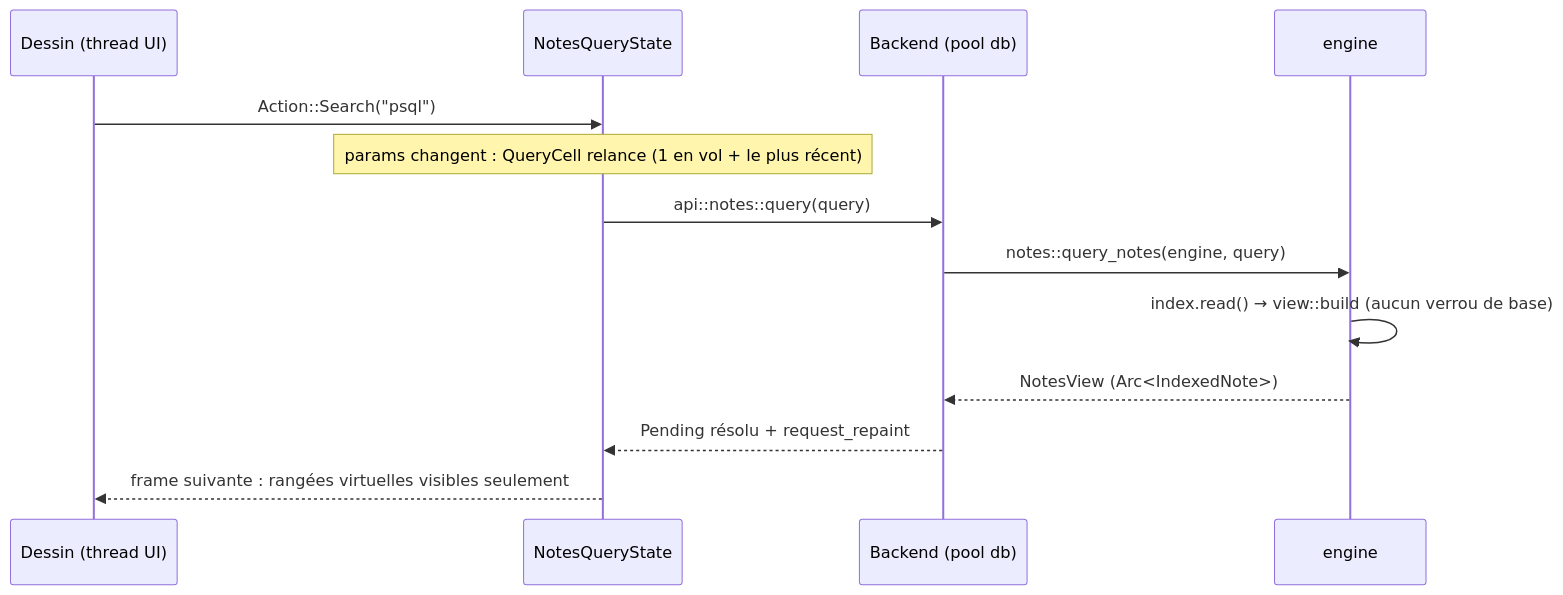
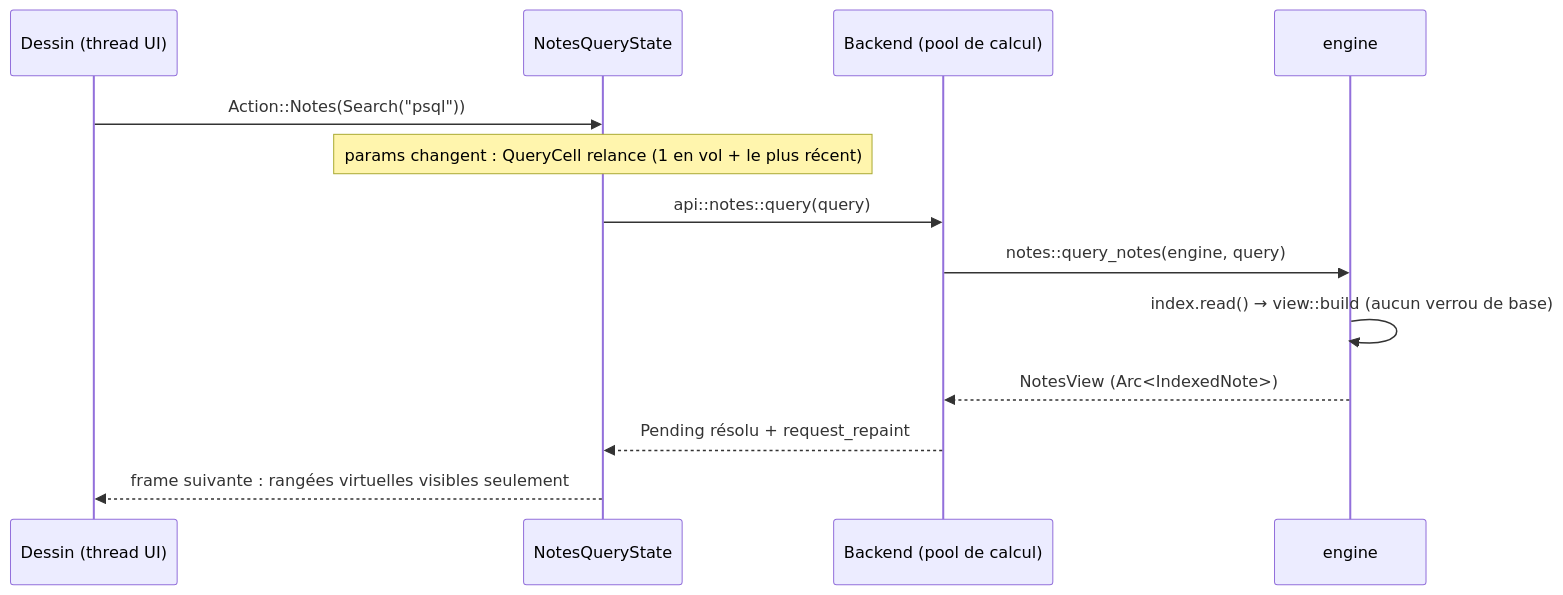
Before and after one commit to vmillet-dev/devnotes-rs: the third of 7 diagrams in docs/egui-migration-plan.md, drawn with Mermaid. The commit also changed other lines of this file and 1 other file, not shown here.

````diff
--- a/docs/egui-migration-plan.md
+++ b/docs/egui-migration-plan.md
@@ -542,15 +619,15 @@
 ```mermaid
 sequenceDiagram
   participant D as Dessin (thread UI)
   participant S as NotesQueryState
-  participant B as Backend (pool db)
+  participant B as Backend (pool de calcul)
   participant C as engine
-  D->>S: Action::Search("psql")
+  D->>S: Action::Notes(Search("psql"))
   Note over S: params changent : QueryCell relance (1 en vol + le plus récent)
   S->>B: api::notes::query(query)
   B->>C: notes::query_notes(engine, query)
   C->>C: index.read() → view::build (aucun verrou de base)
   C-->>B: NotesView (Arc#lt;IndexedNote#gt;)
   B-->>S: Pending résolu + request_repaint
   S-->>D: frame suivante : rangées virtuelles visibles seulement
 ```
````
